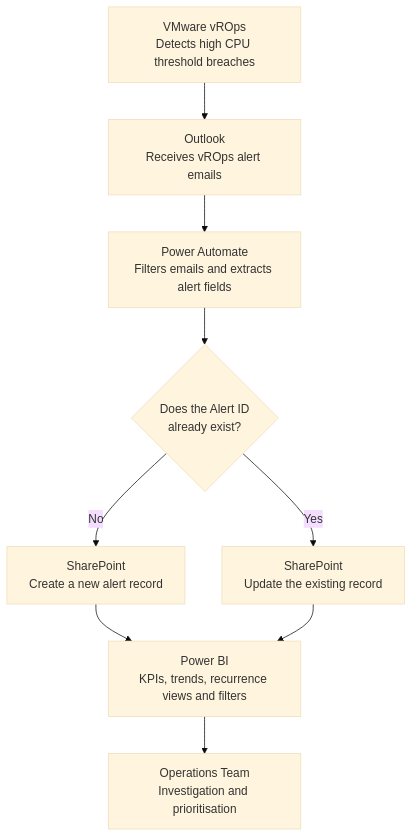
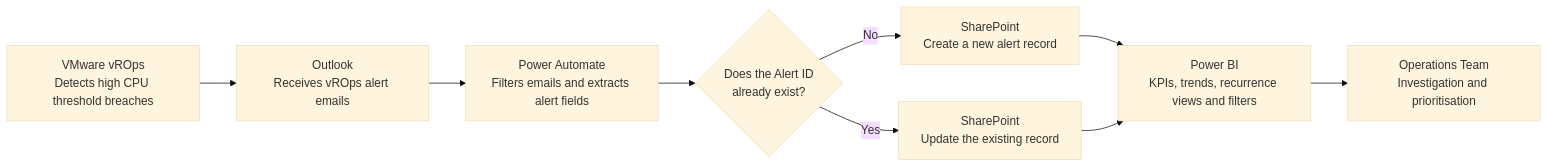
Before and after one commit to rohanmaini1984/rohanarchitect: the diagram in projects/sddc-cpu-alert-intelligence/README.md, drawn with Mermaid (base theme).

Commit message:
Update flowchart direction in README.md
Changed flowchart direction from TD to LR in README.

````diff
--- a/projects/sddc-cpu-alert-intelligence/README.md
+++ b/projects/sddc-cpu-alert-intelligence/README.md
@@ -24,18 +24,18 @@
 ```mermaid
-flowchart TD
+flowchart LR
     A["VMware vROps<br/>Detects high CPU threshold breaches"]
     B["Outlook<br/>Receives vROps alert emails"]
     C["Power Automate<br/>Filters emails and extracts alert fields"]
     D{"Does the Alert ID<br/>already exist?"}
     E["SharePoint<br/>Create a new alert record"]
     F["SharePoint<br/>Update the existing record"]
     G["Power BI<br/>KPIs, trends, recurrence views and filters"]
     H["Operations Team<br/>Investigation and prioritisation"]
 
     A --> B --> C --> D
     D -->|No| E
     D -->|Yes| F
     E --> G
     F --> G
     G --> H
 ```
````
